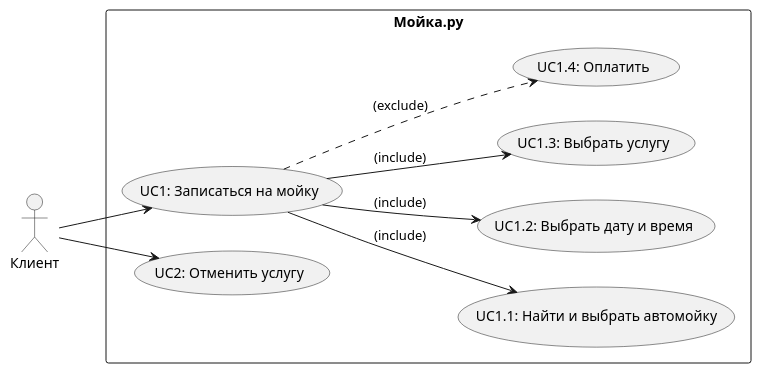
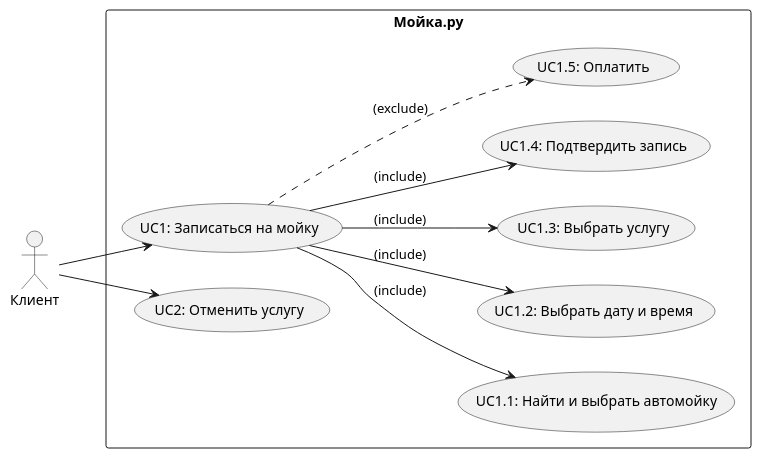
Before and after one commit to CyberSerega/IntegrationServices: the diagram in functional_requirements.md, drawn with PlantUML. The commit also changed 7 other files, not shown here.

Commit message:
Fixed all diagrams, updated README.md. Second version to show

````diff
--- a/functional_requirements.md
+++ b/functional_requirements.md
@@ -3,29 +3,32 @@
 ```uml
 
 @startuml
 
 actor "Клиент" as fc
 
 left to right direction
 
 rectangle "Мойка.ру"  {
   usecase "UC1: Записаться на мойку" as UC1
 	usecase "UC1.1: Найти и выбрать автомойку" as UC2
 	usecase "UC1.2: Выбрать дату и время" as UC3
 	usecase "UC1.3: Выбрать услугу" as UC4
-	usecase "UC2: Отменить услугу" as UC5
-	usecase "UC1.4: Оплатить" as UC6
+  usecase "UC1.4: Подтвердить запись" as UC5
+	usecase "UC1.5: Оплатить" as UC6
+  
+	usecase "UC2: Отменить услугу" as UC7
 }
 
 UC1 --> UC2:(include)
 UC1 --> UC3:(include)
 UC1 --> UC4:(include)
+UC1 --> UC5:(include)
 UC1 ..> UC6:(exclude)
 
 fc --> UC1
-fc --> UC5
+fc --> UC7
 
 
 @enduml
 
 ```
````
